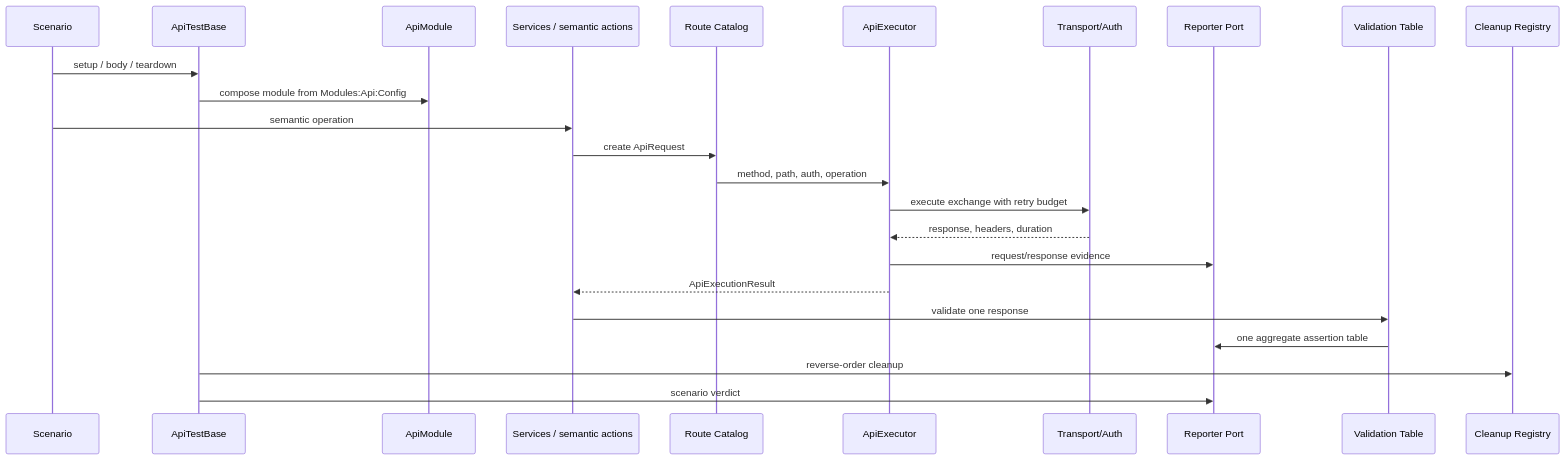
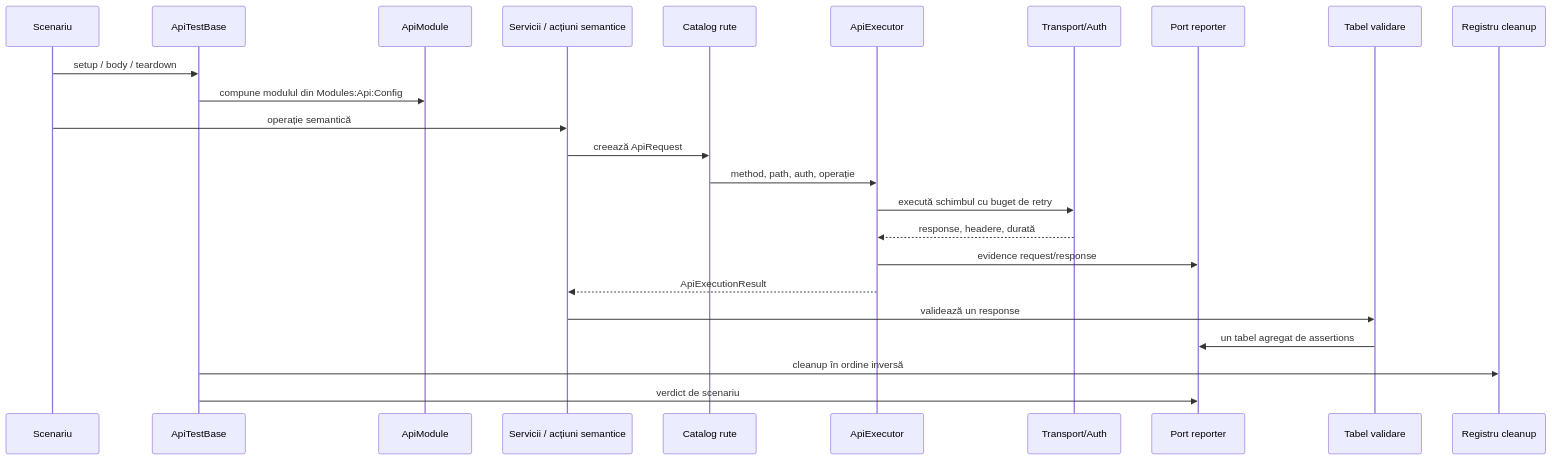
One commit to crististefanita/CS1 changed the third of 5 diagrams in README.md. Above: the diagram before and after it, drawn with Mermaid. The commit also changed other lines of this file and 28 other files, not shown here.

````diff
--- a/README.md
+++ b/README.md
@@ -146,27 +147,27 @@
 ```mermaid
 sequenceDiagram
-    participant T as Scenario
+    participant T as Scenariu
     participant B as ApiTestBase
     participant M as ApiModule
-    participant S as Services / semantic actions
-    participant R as Route Catalog
+    participant S as Servicii / acțiuni semantice
+    participant R as Catalog rute
     participant E as ApiExecutor
     participant H as Transport/Auth
-    participant P as Reporter Port
-    participant V as Validation Table
-    participant C as Cleanup Registry
+    participant P as Port reporter
+    participant V as Tabel validare
+    participant C as Registru cleanup
 
     T->>B: setup / body / teardown
-    B->>M: compose module from Modules:Api:Config
-    T->>S: semantic operation
-    S->>R: create ApiRequest
-    R->>E: method, path, auth, operation
-    E->>H: execute exchange with retry budget
-    H-->>E: response, headers, duration
-    E->>P: request/response evidence
+    B->>M: compune modulul din Modules:Api:Config
+    T->>S: operație semantică
+    S->>R: creează ApiRequest
+    R->>E: method, path, auth, operație
+    E->>H: execută schimbul cu buget de retry
+    H-->>E: response, headere, durată
+    E->>P: evidence request/response
     E-->>S: ApiExecutionResult
-    S->>V: validate one response
-    V->>P: one aggregate assertion table
-    B->>C: reverse-order cleanup
-    B->>P: scenario verdict
+    S->>V: validează un response
+    V->>P: un tabel agregat de assertions
+    B->>C: cleanup în ordine inversă
+    B->>P: verdict de scenariu
 ```
````
